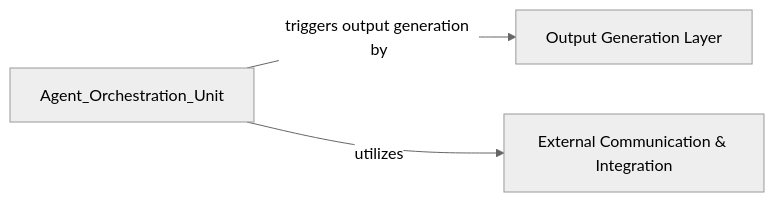
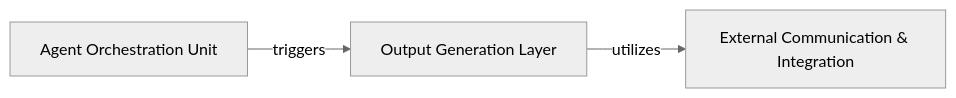
The diagram in .codeboarding/Output_External_Services.md (mariyam866/CodeBoarding), drawn with Mermaid (neutral theme) before and after one commit. The commit also changed other lines of this file and 10 other files, not shown here.

````diff
--- a/.codeboarding/Output_External_Services.md
+++ b/.codeboarding/Output_External_Services.md
@@ -1,7 +1,8 @@
 ```mermaid
 graph LR
     Output_Generation_Layer["Output Generation Layer"]
     External_Communication_Integration["External Communication & Integration"]
-    Agent_Orchestration_Unit -- "triggers output generation by" --> Output_Generation_Layer
-    Agent_Orchestration_Unit -- "utilizes" --> External_Communication_Integration
+    Agent_Orchestration_Unit["Agent Orchestration Unit"]
+    Agent_Orchestration_Unit -- "triggers" --> Output_Generation_Layer
+    Output_Generation_Layer -- "utilizes" --> External_Communication_Integration
 ```
````
